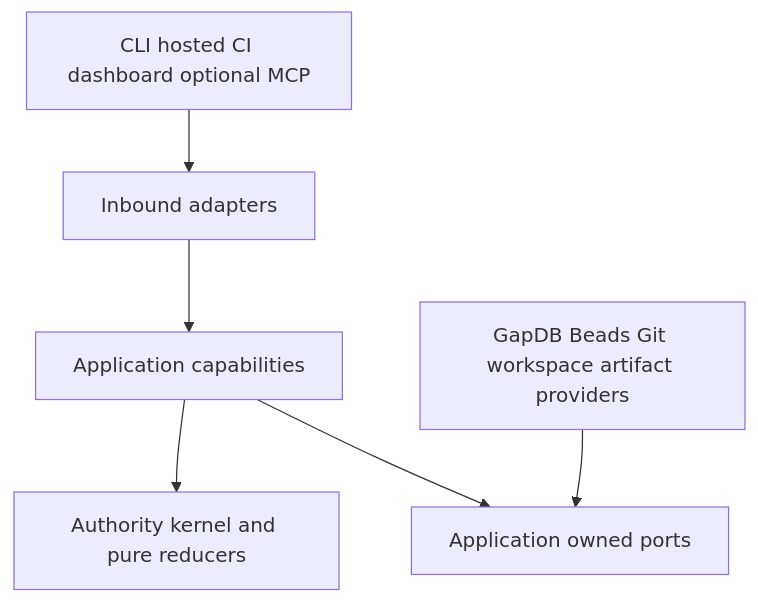
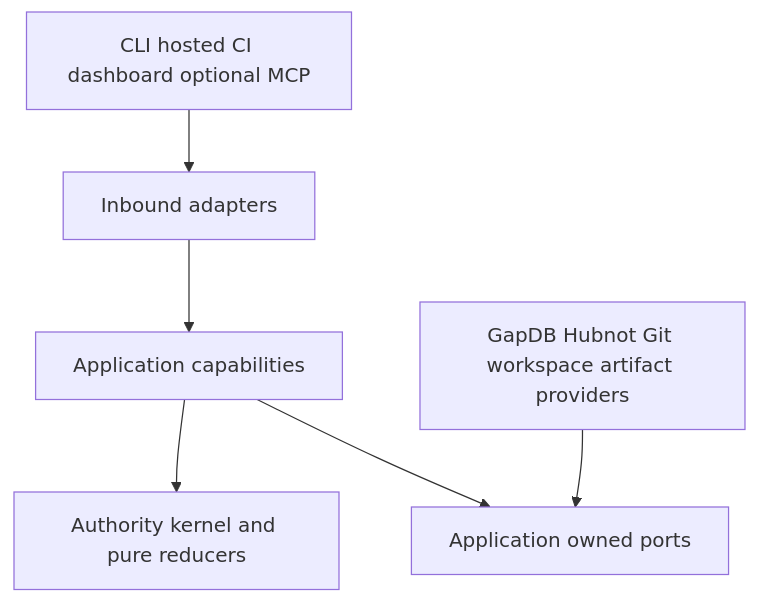
The first of 2 diagrams in docs/TECHNICAL_PROJECT_PLAN.md (Ivan-Melck/spec-kitty-go), drawn with Mermaid before and after one commit. The commit also changed other lines of this file and 67 other files, not shown here.

Commit message:
Replace active Beads delivery and qualification with Hubnot

````diff
--- a/docs/TECHNICAL_PROJECT_PLAN.md
+++ b/docs/TECHNICAL_PROJECT_PLAN.md
@@ -158,15 +158,15 @@
 ```mermaid
 flowchart TB
     Clients[CLI hosted CI dashboard optional MCP]
     Inbound[Inbound adapters]
     App[Application capabilities]
     Kernel[Authority kernel and pure reducers]
     Ports[Application owned ports]
-    External[GapDB Beads Git workspace artifact providers]
+    External[GapDB Hubnot Git workspace artifact providers]
 
     Clients --> Inbound
     Inbound --> App
     App --> Kernel
     App --> Ports
     External --> Ports
 ```
````
